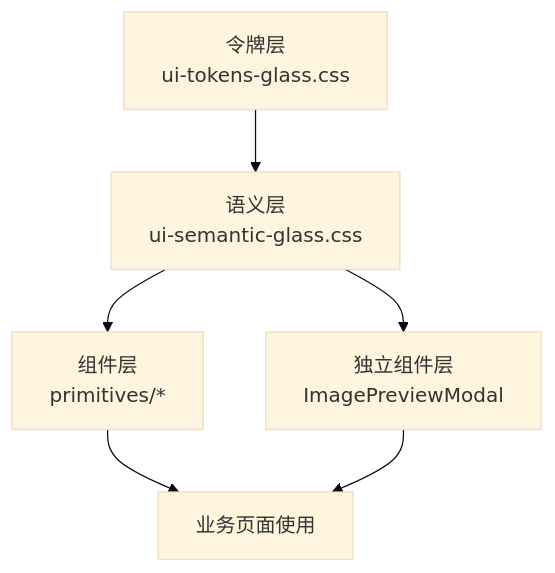
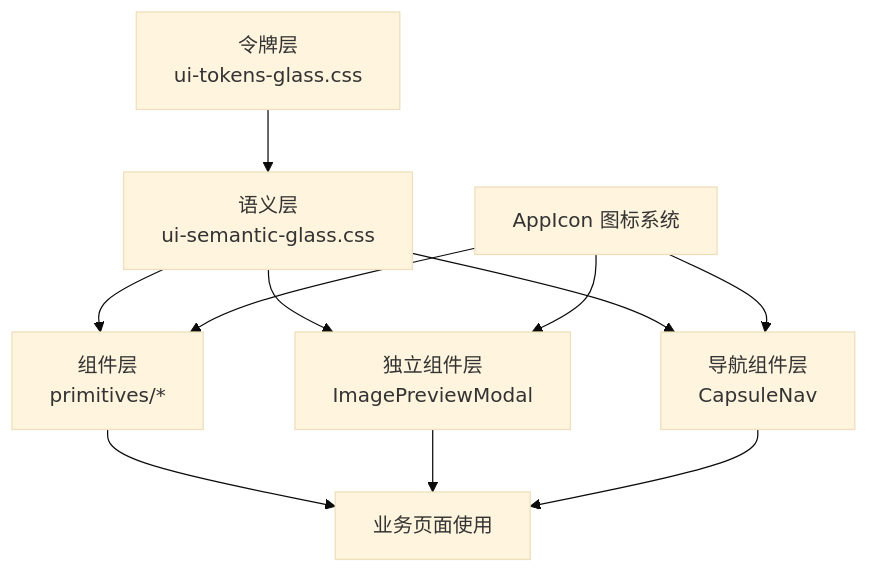
Before and after one commit to lyl2021/waoowaoo: the second of 13 diagrams in .qoder/repowiki/zh/content/前端组件架构/UI组件库/UI组件库.md, drawn with Mermaid (base theme). The commit also changed other lines of this file and 15 other files, not shown here.

````diff
--- a/.qoder/repowiki/zh/content/前端组件架构/UI组件库/UI组件库.md
+++ b/.qoder/repowiki/zh/content/前端组件架构/UI组件库/UI组件库.md
@@ -107,8 +118,13 @@
 ```mermaid
 graph TB
 T["令牌层<br/>ui-tokens-glass.css"] --> S["语义层<br/>ui-semantic-glass.css"]
 S --> P["组件层<br/>primitives/*"]
 S --> IM["独立组件层<br/>ImagePreviewModal"]
+S --> CN["导航组件层<br/>CapsuleNav"]
 P --> U["业务页面使用"]
 IM --> U
+CN --> U
+AS["AppIcon 图标系统"] --> CN
+AS --> IM
+AS --> P
 ```
````
